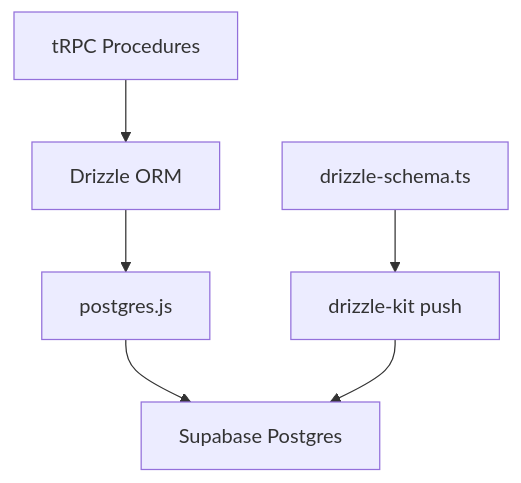
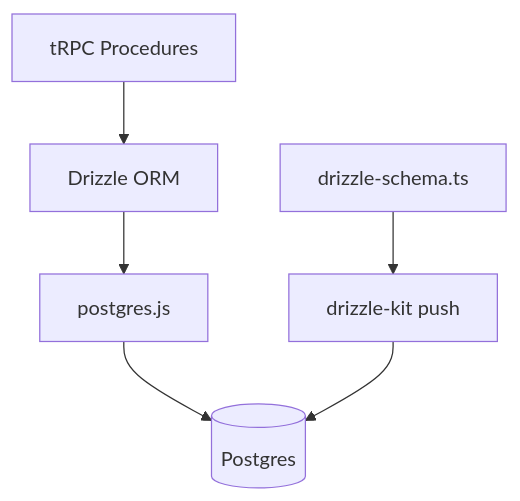
One commit to kyh/init changed the diagram in apps/web/content/docs/architecture/database.mdx. Above: the diagram before and after it, drawn with Mermaid. The commit also changed other lines of this file and 28 other files, not shown here.

````diff
--- a/apps/web/content/docs/architecture/database.mdx
+++ b/apps/web/content/docs/architecture/database.mdx
@@ -18,9 +18,9 @@
 ```mermaid
 graph TB
     A[tRPC Procedures] --> B[Drizzle ORM]
     B --> C[postgres.js]
-    C --> D[Supabase Postgres]
+    C --> D[(Postgres)]
 
     E[drizzle-schema.ts] --> F[drizzle-kit push]
     F --> D
 ```
````
